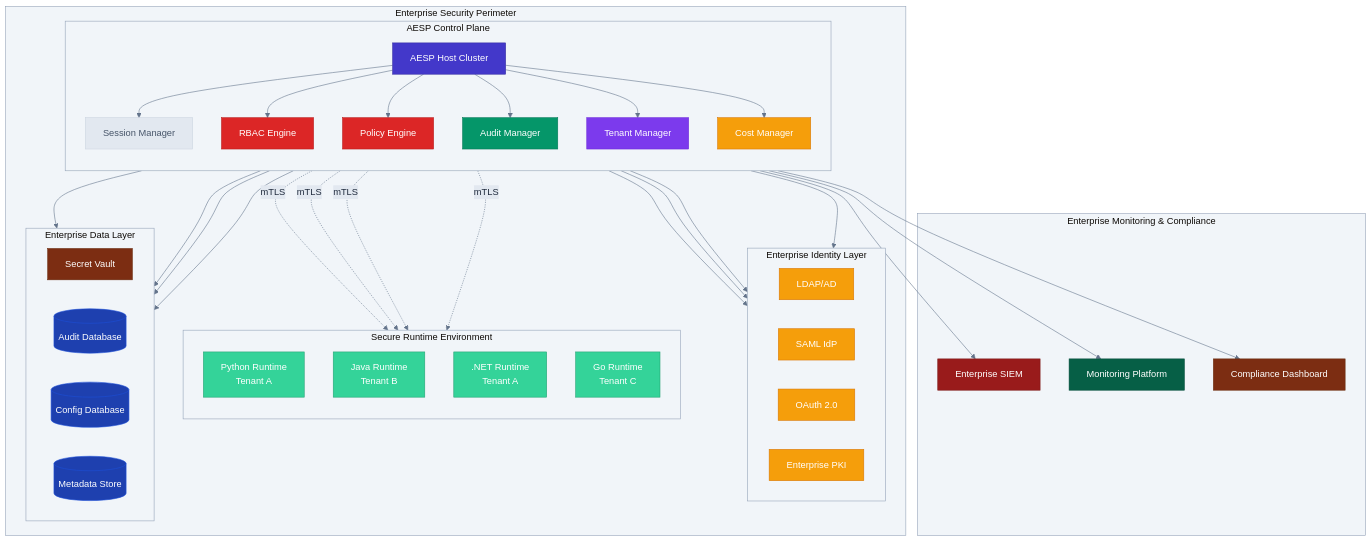
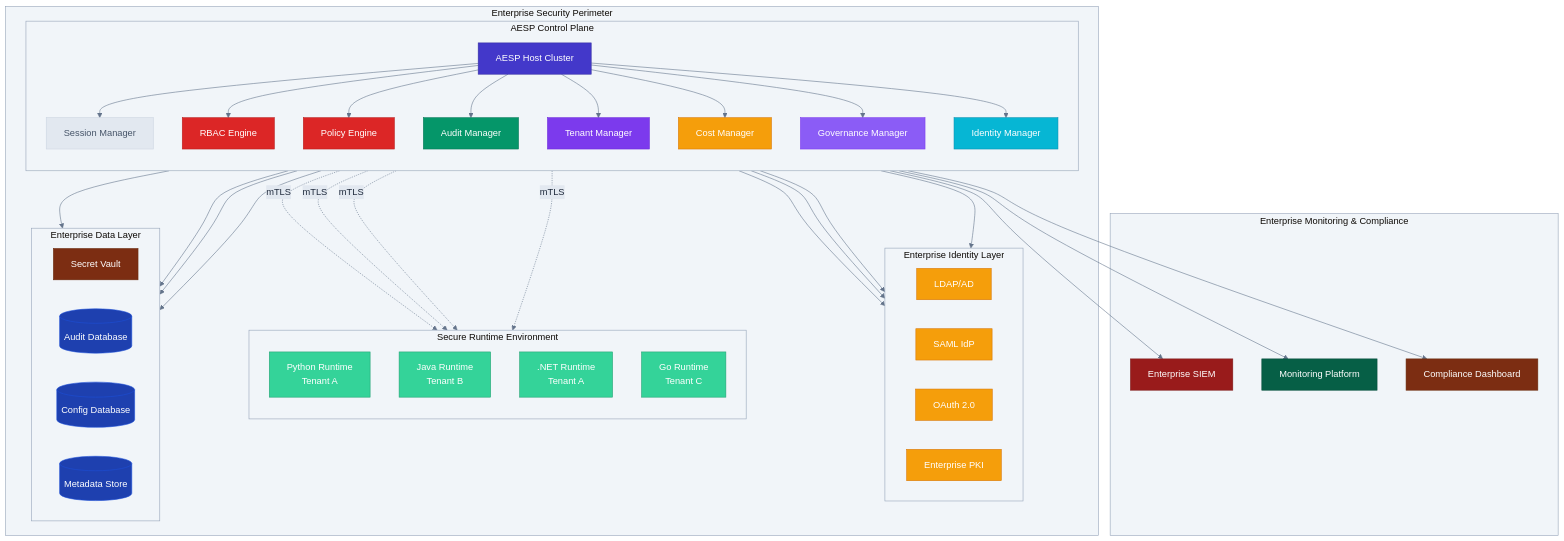
The diagram in .kiro/specs/altar-enterprise-security/design.md (nshkrdotcom/ALTAR), drawn with Mermaid before and after one commit. The commit also changed other lines of this file and 1 other file, not shown here.

```diff
--- a/.kiro/specs/altar-enterprise-security/design.md
+++ b/.kiro/specs/altar-enterprise-security/design.md
@@ -59,6 +59,8 @@
             AM[Audit Manager]
             TM[Tenant Manager]
             CM[Cost Manager]
+            GM[Governance Manager]
+            IM[Identity Manager]
             
             style HOST fill:#4338ca,stroke:#3730a3,color:#ffffff,fontWeight:bold
             style SM fill:#e2e8f0,stroke:#cbd5e1,color:#475569
@@ -67,6 +69,8 @@
             style AM fill:#059669,stroke:#047857,color:#ffffff
             style TM fill:#7c3aed,stroke:#6d28d9,color:#ffffff
             style CM fill:#f59e0b,stroke:#d97706,color:#ffffff
+            style GM fill:#8b5cf6,stroke:#7c3aed,color:#ffffff
+            style IM fill:#06b6d4,stroke:#0891b2,color:#ffffff
         end
         
         subgraph "Enterprise Identity Layer"
@@ -126,6 +130,8 @@
     HOST --> AM
     HOST --> TM
     HOST --> CM
+    HOST --> GM
+    HOST --> IM
     
     RBAC --> LDAP
     RBAC --> SAML
```
